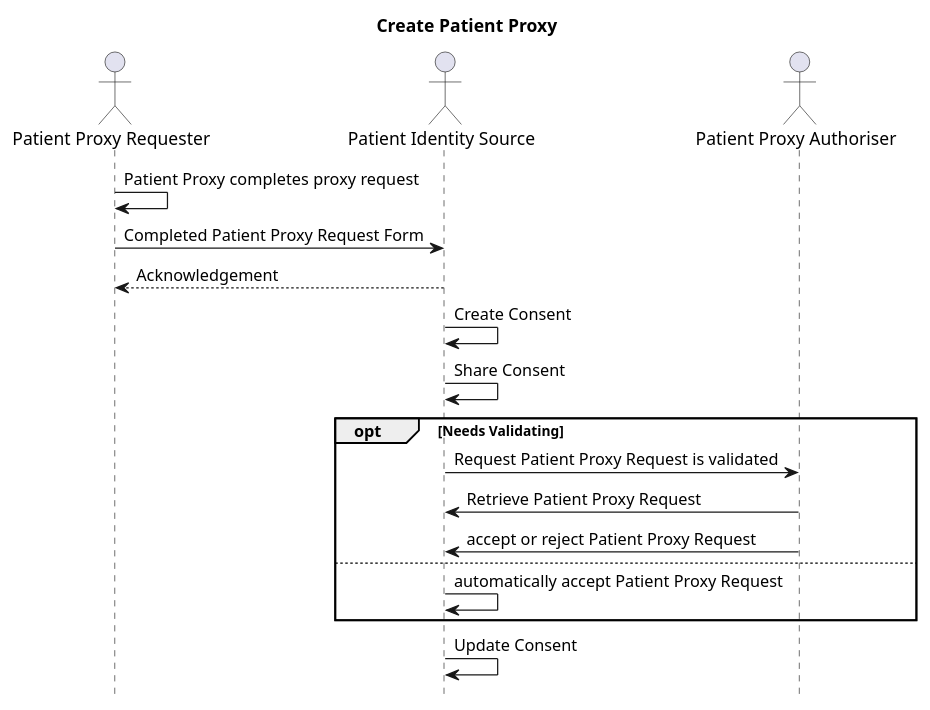
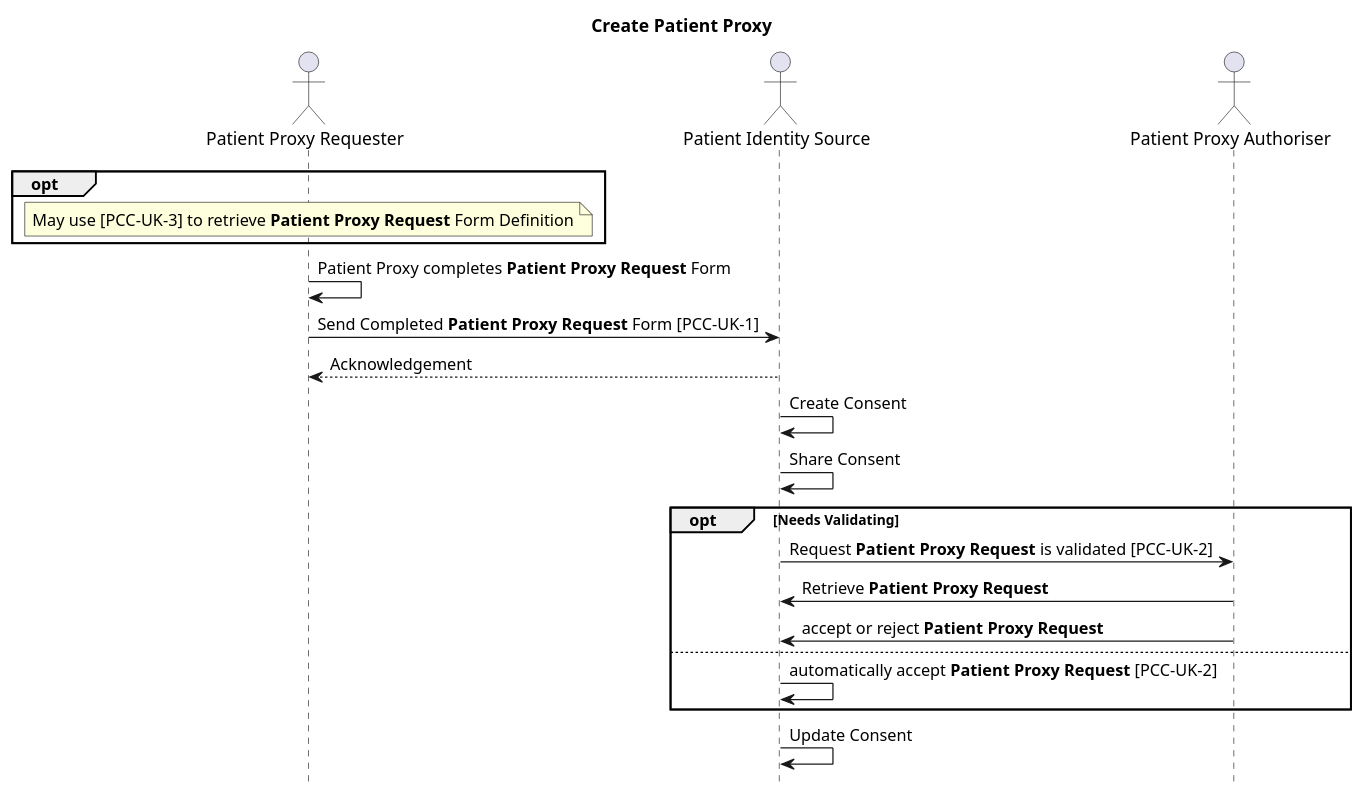
One commit to NHSDigital/IOPS-FHIR-Simplifier-Backup changed the first of 2 diagrams in NHSEnglandProgrammeImplementationGuides/backup/guides/NHS-England-Demographics-Implementation-Guide/Home/Use-Cases/Patient-Proxy/Actors-Transactions-and-Content-Modules.page.md. Above: the diagram before and after it, drawn with PlantUML. The commit also changed other lines of this file and 43 other files, not shown here.

```diff
--- a/NHSEnglandProgrammeImplementationGuides/backup/guides/NHS-England-Demographics-Implementation-Guide/Home/Use-Cases/Patient-Proxy/Actors-Transactions-and-Content-Modules.page.md
+++ b/NHSEnglandProgrammeImplementationGuides/backup/guides/NHS-England-Demographics-Implementation-Guide/Home/Use-Cases/Patient-Proxy/Actors-Transactions-and-Content-Modules.page.md
@@ -17,25 +17,27 @@
 @startuml
 
 hide footbox
 
 title Create Patient Proxy
 
 actor "Patient Proxy Requester" as patient
 actor "Patient Identity Source" as source
 actor "Patient Proxy Authoriser" as GP
 
-
-patient -> patient : Patient Proxy completes proxy request
-patient -> source: Completed Patient Proxy Request Form
+opt
+note over patient: May use [PCC-UK-3] to retrieve **Patient Proxy Request** Form Definition
+end
+patient -> patient : Patient Proxy completes **Patient Proxy Request** Form
+patient -> source: Send Completed **Patient Proxy Request** Form [PCC-UK-1]
 source --> patient: Acknowledgement
 source -> source: Create Consent
 source -> source: Share Consent
 opt Needs Validating
-source -> GP: Request Patient Proxy Request is validated
-GP -> source: Retrieve Patient Proxy Request
-GP -> source: accept or reject Patient Proxy Request
+source -> GP: Request **Patient Proxy Request** is validated [PCC-UK-2]
+GP -> source: Retrieve **Patient Proxy Request**
+GP -> source: accept or reject **Patient Proxy Request**
 else 
-source -> source: automatically accept Patient Proxy Request 
+source -> source: automatically accept **Patient Proxy Request** [PCC-UK-2]
 end
 source -> source: Update Consent
 @enduml
```
